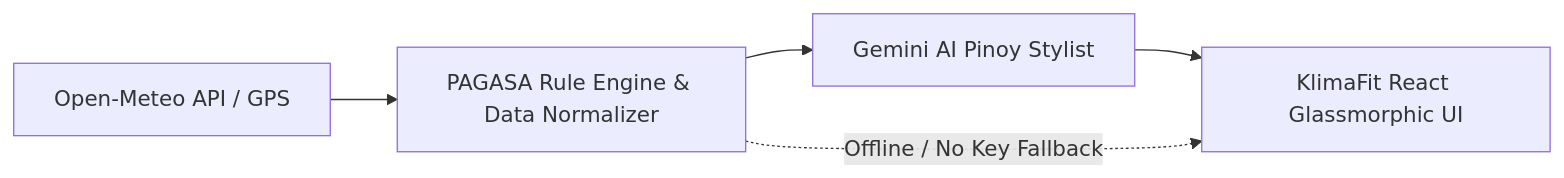
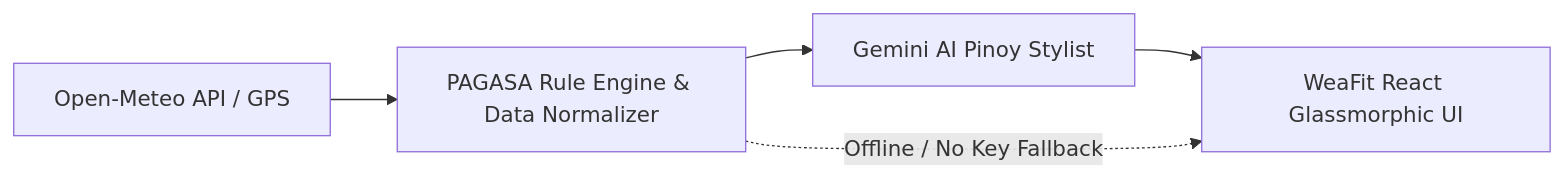
Before and after one commit to marwinnn03/WeaFit: the diagram in README.md, drawn with Mermaid. The commit also changed other lines of this file and 8 other files, not shown here.

Commit message:
refactor: rename branding and documentation from KlimaFit PH to WeaFit

````diff
--- a/README.md
+++ b/README.md
@@ -63,7 +63,7 @@
 ```mermaid
 flowchart LR
     A[Open-Meteo API / GPS] --> B[PAGASA Rule Engine & Data Normalizer]
     B --> C[Gemini AI Pinoy Stylist]
-    C --> D[KlimaFit React Glassmorphic UI]
+    C --> D[WeaFit React Glassmorphic UI]
     B -.->|Offline / No Key Fallback| D
 ```
````
